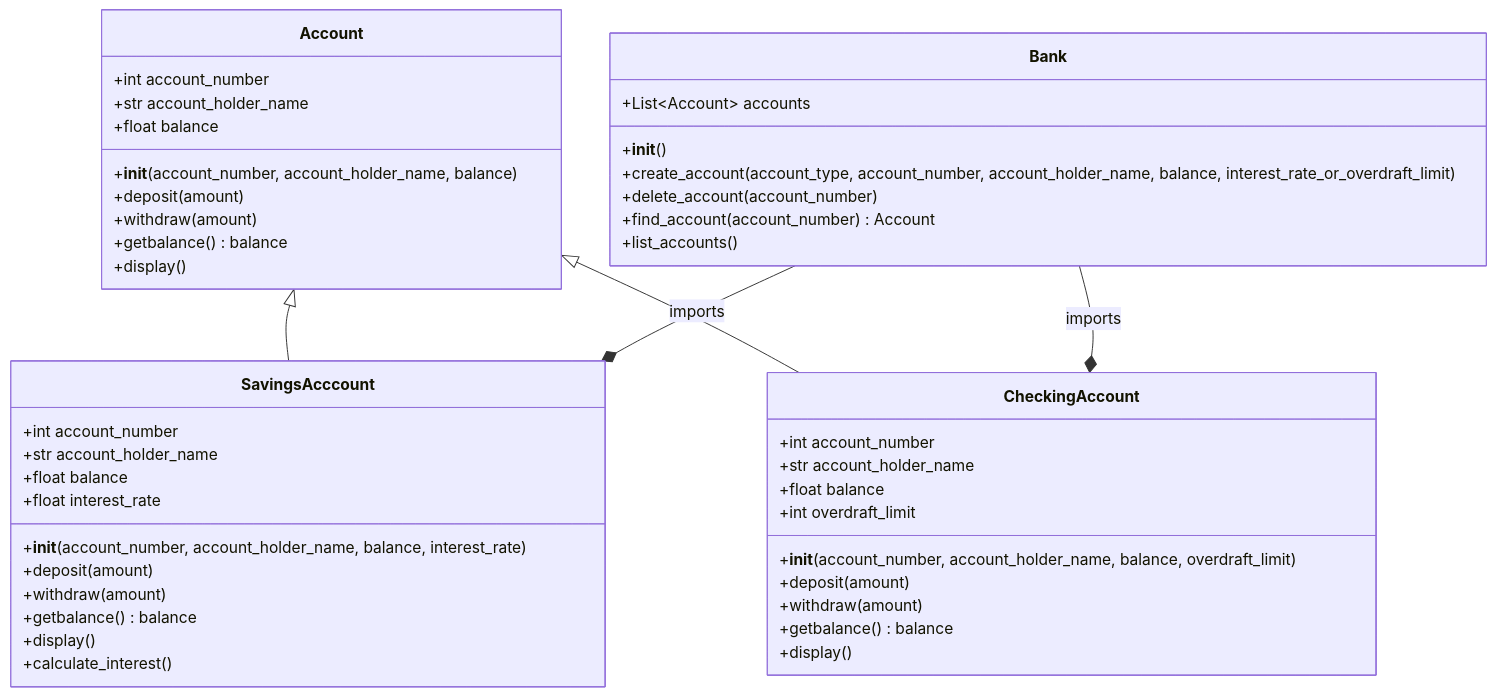
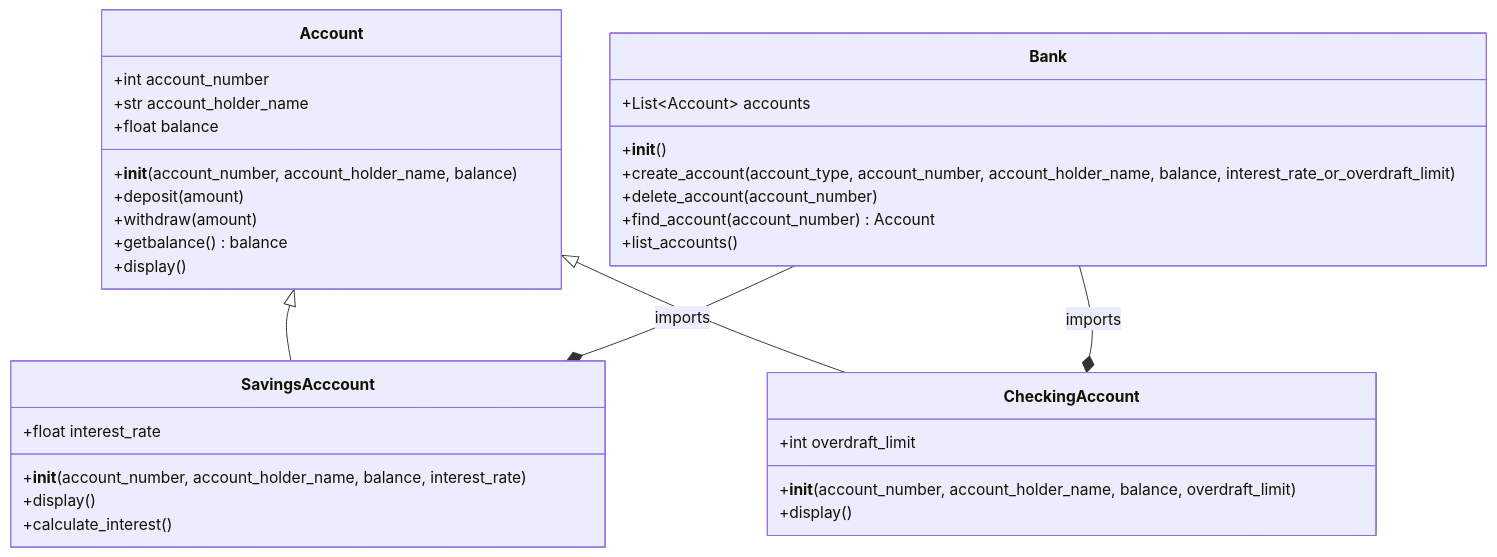
Before and after one commit to EECE3093C/syed_abdullah_bearcat_trust_bank: the diagram in docs/uml_class_diagram.md, drawn with Mermaid.

````diff
--- a/docs/uml_class_diagram.md
+++ b/docs/uml_class_diagram.md
@@ -2,48 +2,36 @@
 ```mermaid
 classDiagram
    class Bank {
       +List~Account~ accounts
       +__init__()
       +create_account(account_type, account_number, account_holder_name, balance, interest_rate_or_overdraft_limit)
       +delete_account(account_number)
       +find_account(account_number) Account
       +list_accounts()
   }
   class Account {
       +int account_number
       +str account_holder_name
       +float balance
       +__init__(account_number, account_holder_name, balance)
       +deposit(amount)
       +withdraw(amount)
       +getbalance() balance
       +display()
   }
   class SavingsAcccount {
-      +int account_number
-      +str account_holder_name
-      +float balance
       +float interest_rate
       +__init__(account_number, account_holder_name, balance, interest_rate)
-      +deposit(amount)
-      +withdraw(amount)
-      +getbalance() balance
       +display()
       +calculate_interest()
   }
   class CheckingAccount {
-      +int account_number
-      +str account_holder_name
-      +float balance
       +int overdraft_limit
       +__init__(account_number, account_holder_name, balance, overdraft_limit)
-      +deposit(amount)
-      +withdraw(amount)
-      +getbalance() balance
       +display()
   }
   Account <|-- SavingsAcccount
   Account <|-- CheckingAccount
   Bank --* SavingsAcccount : imports
   Bank --* CheckingAccount : imports
 ```
````
